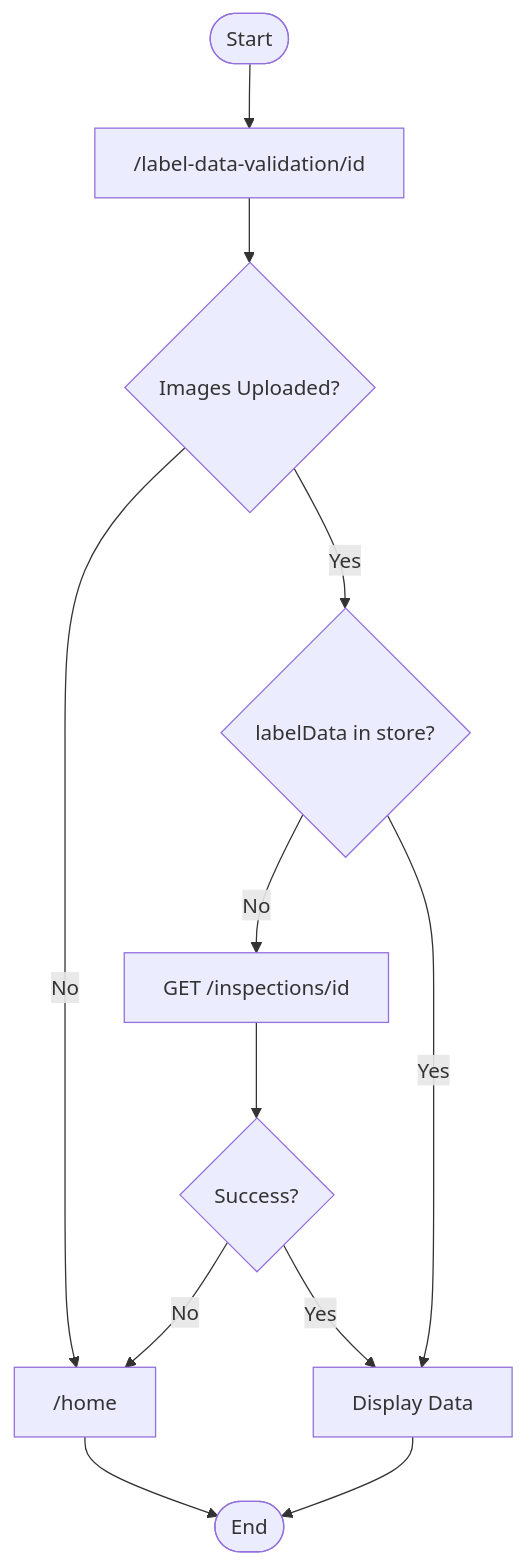
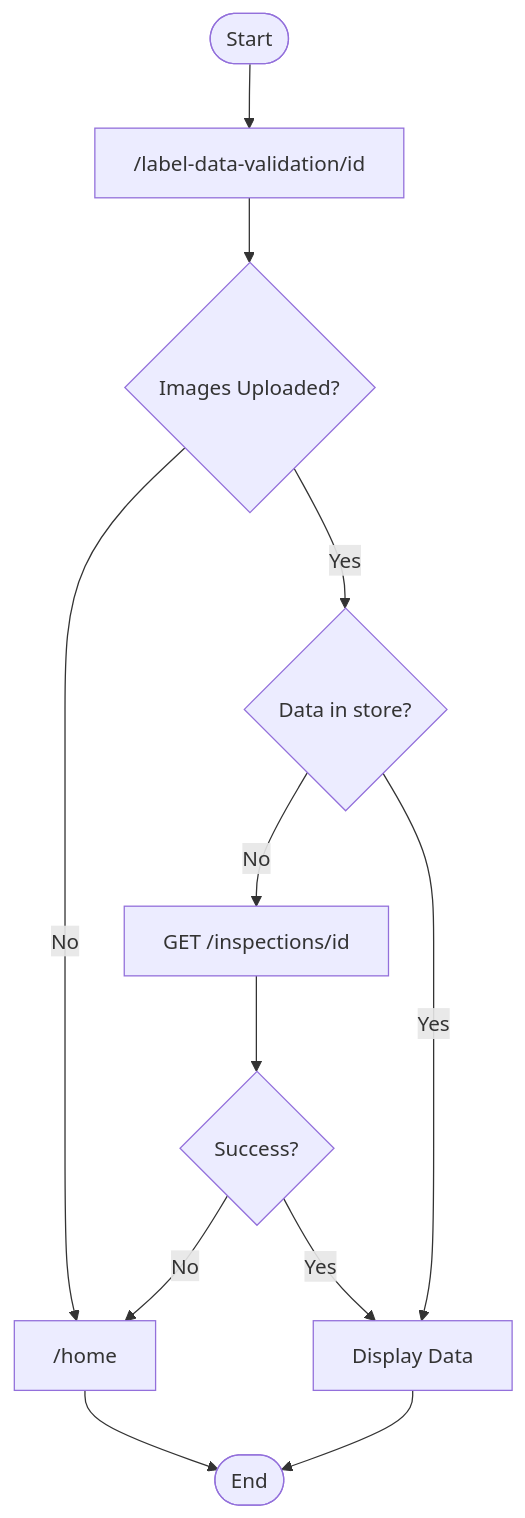
One commit to ai-cfia/fertiscan-frontend changed the second of 2 diagrams in docs/label-data-validation/flowchart.md. Above: the diagram before and after it, drawn with Mermaid. The commit also changed 3 other files, not shown here.

Commit message:
issue #369: extract and initial save label data

````diff
--- a/docs/label-data-validation/flowchart.md
+++ b/docs/label-data-validation/flowchart.md
@@ -21,14 +21,14 @@
 ```mermaid
 flowchart TD
     Start([Start]) --> LabelDataValidationID["/label-data-validation/id"]
     LabelDataValidationID --> ImagesUploaded{Images Uploaded?}
     ImagesUploaded -->|No| HomePage["/home"]
-    ImagesUploaded -->|Yes| DataInStore{labelData in store?}
+    ImagesUploaded -->|Yes| DataInStore{Data in store?}
     DataInStore -->|No| GetInspections[GET /inspections/id]
     DataInStore -->|Yes| DisplayData["Display Data"]
     GetInspections --> FetchSuccess{Success?}
     FetchSuccess -->|No| HomePage
     FetchSuccess -->|Yes| DisplayData
     DisplayData --> End([End])
     HomePage --> End
 ```
````
